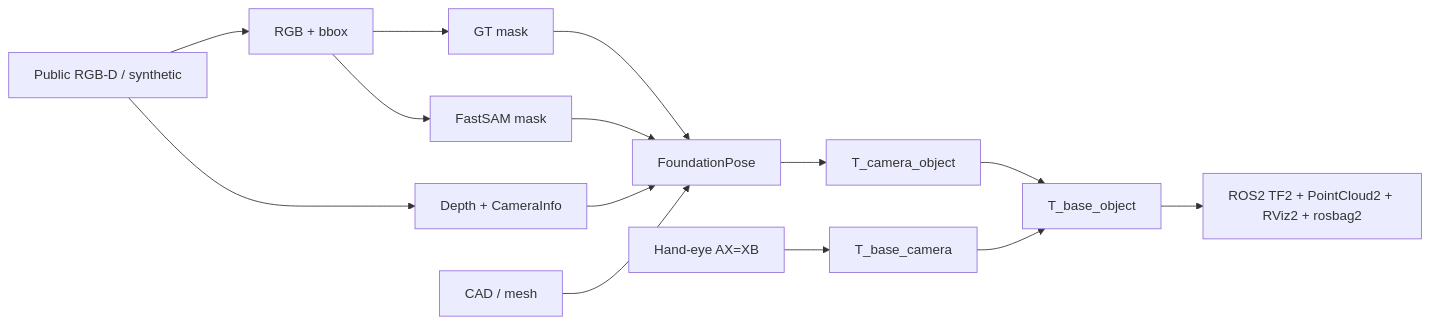
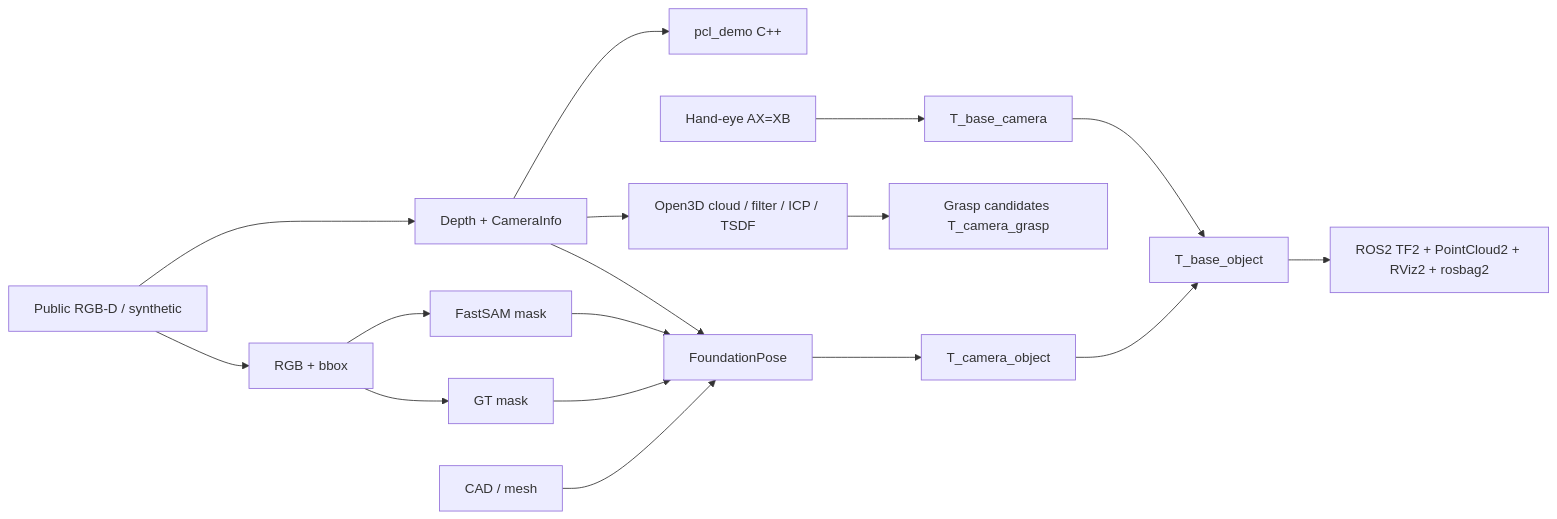
The diagram in README.md (aiwenlan/robot_perception_pipeline), drawn with Mermaid before and after one commit. The commit also changed other lines of this file, not shown here.

First line of the commit message:
Align README with Open3D, PCL demo, and grasp extensions.

````diff
--- a/README.md
+++ b/README.md
@@ -30,16 +34,19 @@
 ```mermaid
 flowchart LR
   D[Public RGB-D / synthetic] --> RGB[RGB + bbox]
   D --> DEP[Depth + CameraInfo]
   RGB --> GT[GT mask]
   RGB --> FS[FastSAM mask]
   GT --> FP[FoundationPose]
   FS --> FP
   DEP --> FP
   CAD[CAD / mesh] --> FP
   FP --> CP[T_camera_object]
   HE[Hand-eye AX=XB] --> BC[T_base_camera]
   CP --> PT[T_base_object]
   BC --> PT
   PT --> ROS[ROS2 TF2 + PointCloud2 + RViz2 + rosbag2]
+  DEP --> O3D[Open3D cloud / filter / ICP / TSDF]
+  O3D --> GR[Grasp candidates T_camera_grasp]
+  DEP --> PCL[pcl_demo C++]
 ```
````
